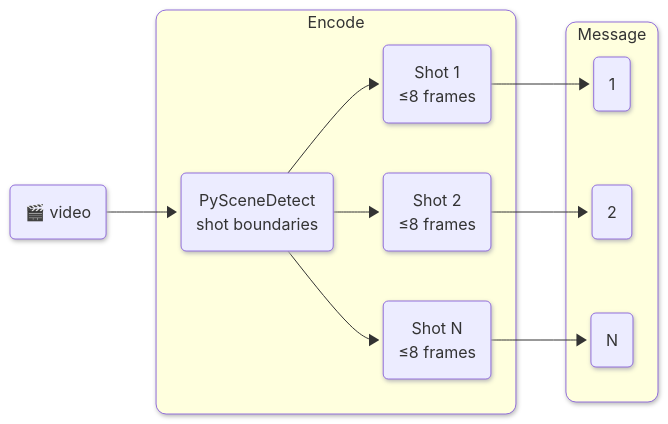
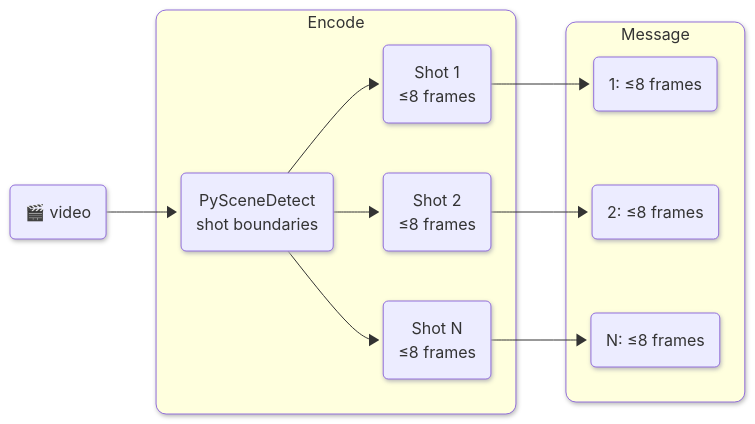
Before and after one commit to vlm-run/mm: the sixth of 17 diagrams in docs/ENCODERS.md, drawn with Mermaid. The commit also changed other lines of this file and 1 other file, not shown here.

````diff
--- a/docs/ENCODERS.md
+++ b/docs/ENCODERS.md
@@ -190,25 +192,25 @@
 ```mermaid
 %%{init: {'look': 'neo'} }%%
 graph LR
   video("🎬 video")
 
   subgraph encode ["Encode"]
     detect("PySceneDetect\nshot boundaries")
     s1("Shot 1\n≤8 frames")
     s2("Shot 2\n≤8 frames")
     s3("Shot N\n≤8 frames")
   end
 
   subgraph message ["Message"]
-    m1("1")
-    m2("2")
-    m3("N")
+    m1("1: ≤8 frames")
+    m2("2: ≤8 frames")
+    m3("N: ≤8 frames")
   end
 
   video --> detect
   detect --> s1 --> m1
   detect --> s2 --> m2
   detect --> s3 --> m3
   style encode rx:10px,ry:10px
   style message rx:10px,ry:10px
 ```
````
